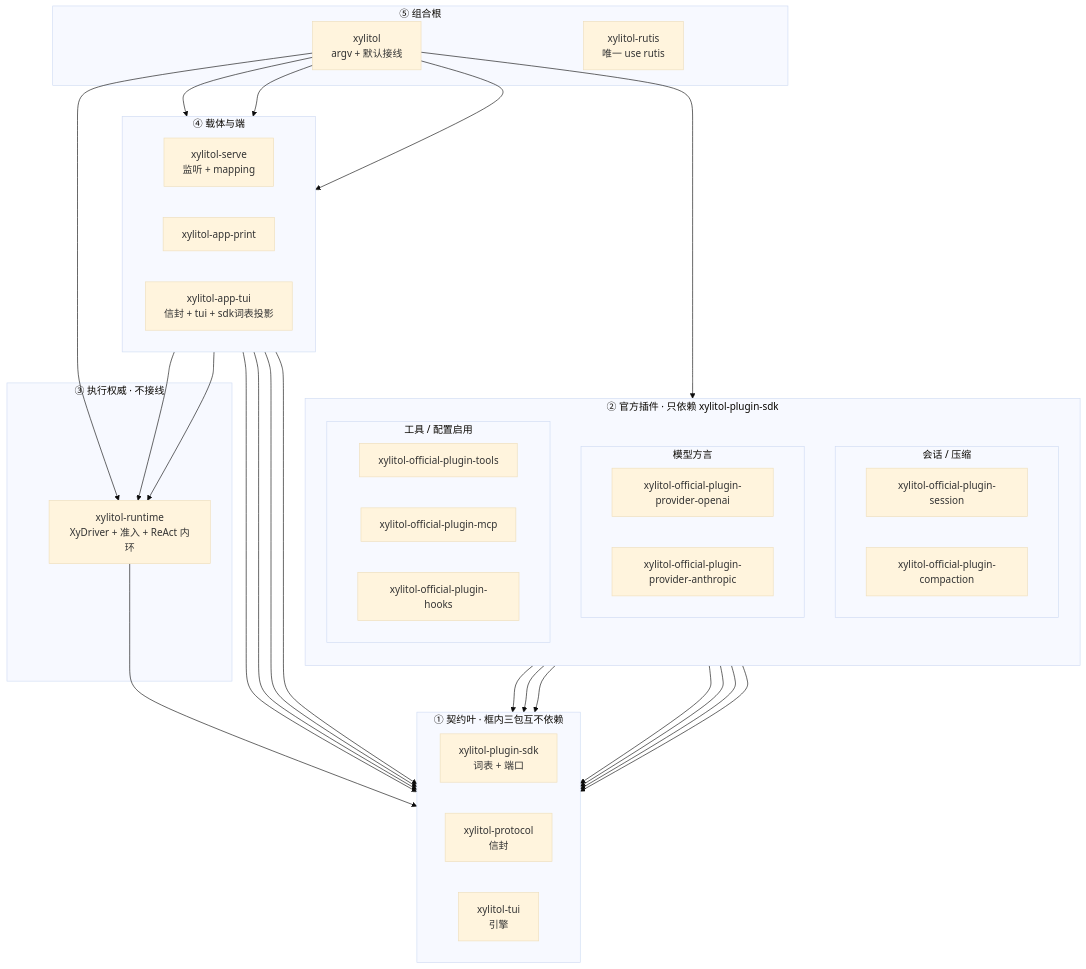
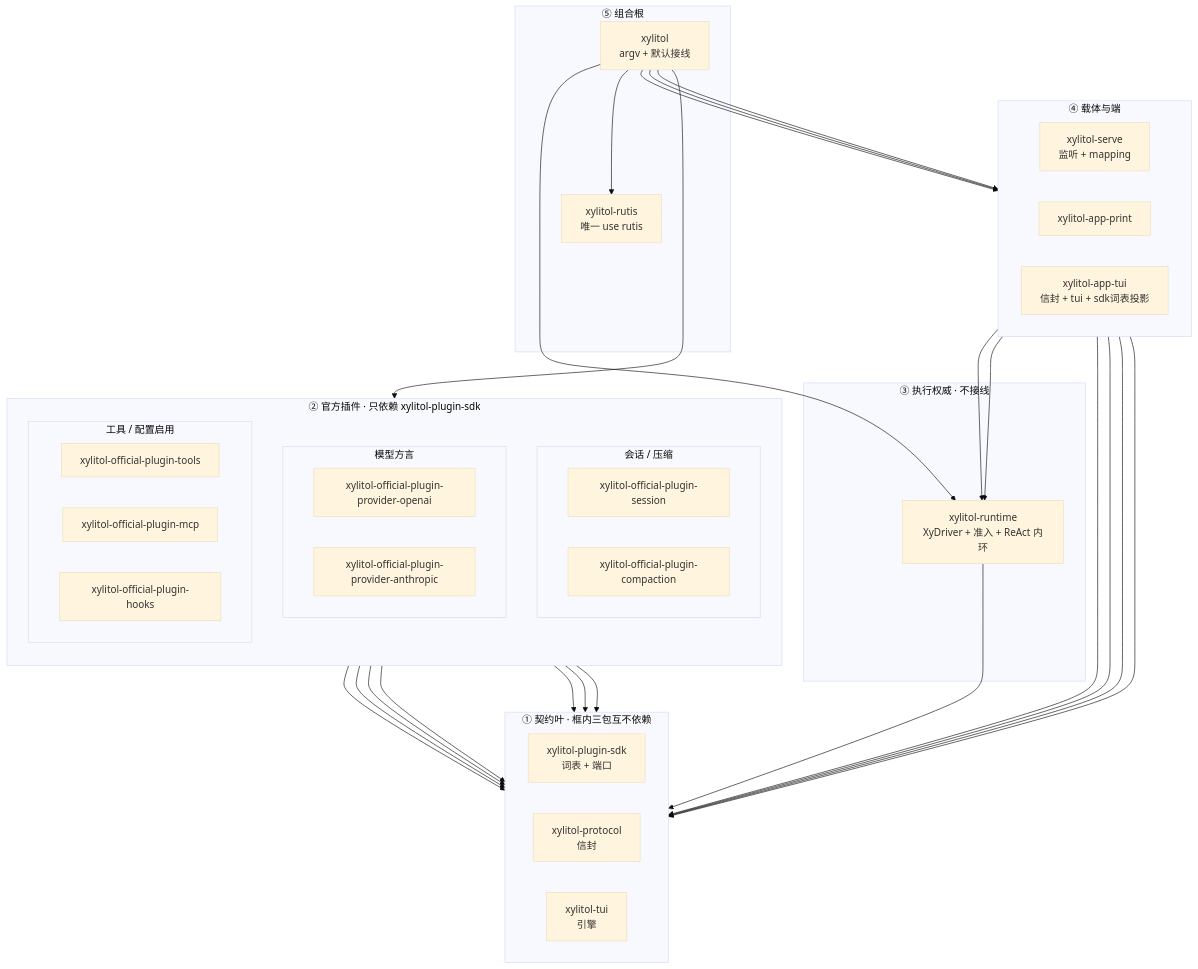
The diagram in src/AGENTS.md (StrayDragon/xylitol), drawn with Mermaid (base theme) before and after one commit. The commit also changed other lines of this file and 7 other files, not shown here.

First line of the commit message:
feat: assemble official plugins through xylitol-rutis

````diff
--- a/src/AGENTS.md
+++ b/src/AGENTS.md
@@ -20,65 +20,66 @@
 ```mermaid
 flowchart TB
   subgraph contracts["① 契约叶 · 框内三包互不依赖"]
     direction LR
     xylitol_plugin_sdk["xylitol-plugin-sdk<br/>词表 + 端口"]
     xylitol_protocol["xylitol-protocol<br/>信封"]
     xylitol_tui["xylitol-tui<br/>引擎"]
   end
 
   subgraph plugins["② 官方插件 · 只依赖 xylitol-plugin-sdk"]
     direction TB
     subgraph plugins_loop["会话 / 压缩"]
       direction LR
       xylitol_official_plugin_session["xylitol-official-plugin-session"]
       xylitol_official_plugin_compaction["xylitol-official-plugin-compaction"]
     end
     subgraph plugins_model["模型方言"]
       direction LR
       xylitol_official_plugin_provider_openai["xylitol-official-plugin-provider-openai"]
       xylitol_official_plugin_provider_anthropic["xylitol-official-plugin-provider-anthropic"]
     end
     subgraph plugins_ext["工具 / 配置启用"]
       direction LR
       xylitol_official_plugin_tools["xylitol-official-plugin-tools"]
       xylitol_official_plugin_mcp["xylitol-official-plugin-mcp"]
       xylitol_official_plugin_hooks["xylitol-official-plugin-hooks"]
     end
   end
 
   subgraph kernel["③ 执行权威 · 不接线"]
     xylitol_runtime["xylitol-runtime<br/>XyDriver + 准入 + ReAct 内环"]
   end
 
   subgraph surfaces["④ 载体与端"]
     direction LR
     xylitol_serve["xylitol-serve<br/>监听 + mapping"]
     xylitol_app_print["xylitol-app-print"]
     xylitol_app_tui["xylitol-app-tui<br/>信封 + tui + sdk词表投影"]
   end
 
   subgraph root["⑤ 组合根"]
     xylitol["xylitol<br/>argv + 默认接线"]
     xylitol_rutis["xylitol-rutis<br/>唯一 use rutis"]
   end
 
   xylitol_official_plugin_session --> xylitol_plugin_sdk
   xylitol_official_plugin_compaction --> xylitol_plugin_sdk
   xylitol_official_plugin_provider_openai --> xylitol_plugin_sdk
   xylitol_official_plugin_provider_anthropic --> xylitol_plugin_sdk
   xylitol_official_plugin_tools --> xylitol_plugin_sdk
   xylitol_official_plugin_mcp --> xylitol_plugin_sdk
   xylitol_official_plugin_hooks --> xylitol_plugin_sdk
   xylitol_runtime --> xylitol_plugin_sdk
   xylitol_serve --> xylitol_runtime
   xylitol_serve --> xylitol_protocol
   xylitol_app_print --> xylitol_runtime
   xylitol_app_tui --> xylitol_protocol
   xylitol_app_tui --> xylitol_tui
   xylitol_app_tui --> xylitol_plugin_sdk
   xylitol --> plugins
   xylitol --> xylitol_runtime
   xylitol --> xylitol_serve
   xylitol --> xylitol_app_print
   xylitol --> xylitol_app_tui
+  xylitol --> xylitol_rutis
 ```
````
